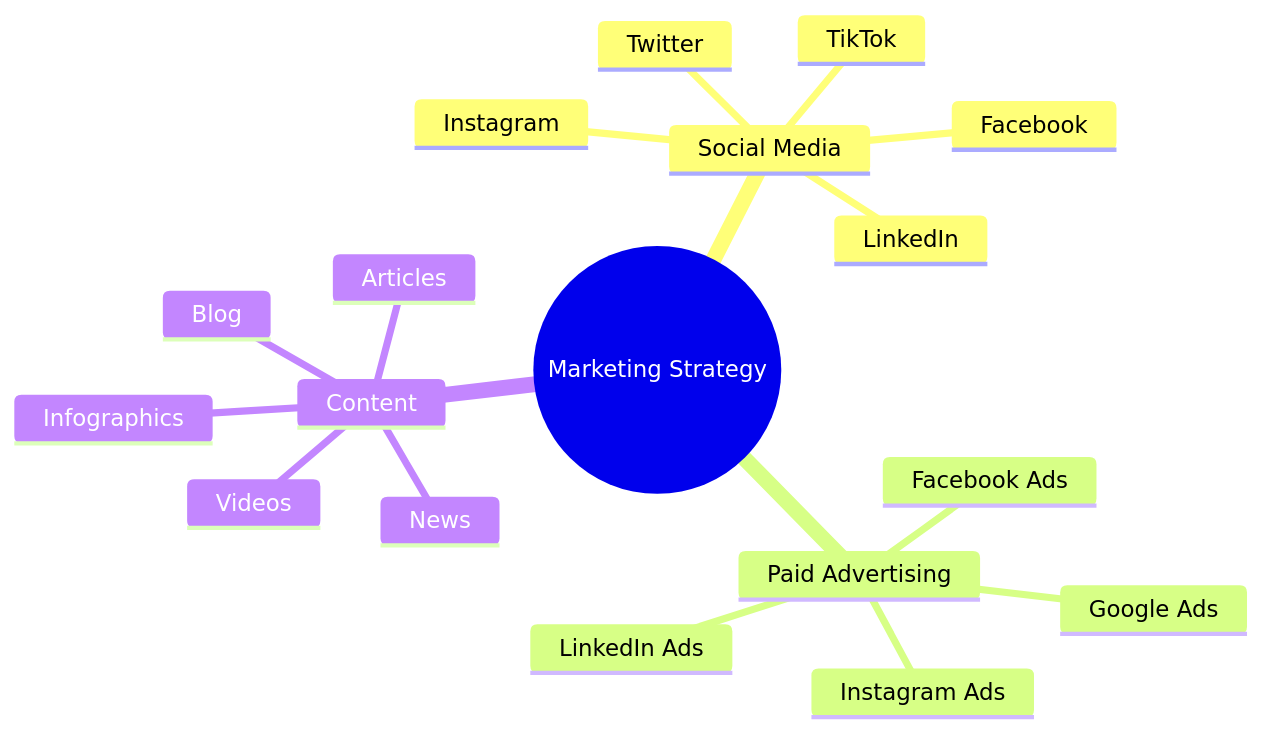
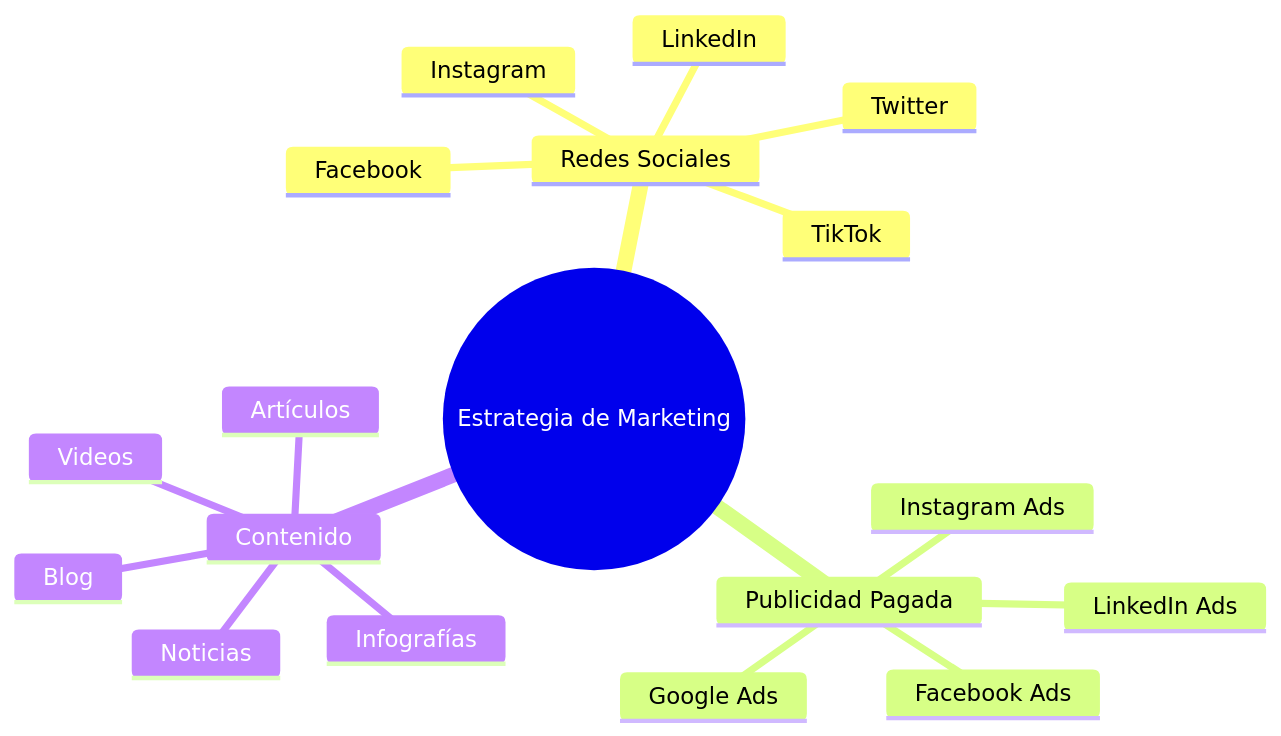
The fourth of 10 diagrams in README.md (despiau/mermaid), drawn with Mermaid before and after one commit. The commit also changed other lines of this file, not shown here.

````diff
--- a/README.md
+++ b/README.md
@@ -51,21 +51,21 @@
 ```mermaid
 mindmap
-  root((Marketing Strategy))
-    Social Media
+  root((Estrategia de Marketing))
+    Redes Sociales
       Facebook
       Twitter
       Instagram
       LinkedIn
       TikTok
-    Paid Advertising
+    Publicidad Pagada
       Google Ads
       Facebook Ads
       Instagram Ads
       LinkedIn Ads
-    Content
+    Contenido
       Blog
       Videos
-      Infographics
-      Articles
-      News
+      Infografías
+      Artículos
+      Noticias
 ```
````
